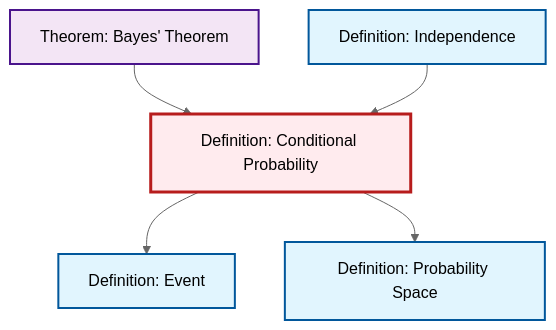
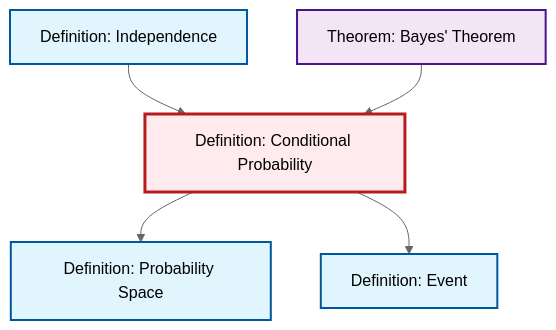
Before and after one commit to RK0429/ModernMath: the diagram in content/ja/probability-statistics/def-conditional-probability.qmd, drawn with Mermaid (neutral theme). The commit also changed other lines of this file and 360 other files, not shown here.

````diff
--- a/content/ja/probability-statistics/def-conditional-probability.qmd
+++ b/content/ja/probability-statistics/def-conditional-probability.qmd
@@ -70,23 +70,23 @@
 ```{mermaid}
 %%| fig-cap: "Local dependency graph"
 graph TD
     classDef definition fill:#e1f5fe,stroke:#01579b,stroke-width:2px
     classDef theorem fill:#f3e5f5,stroke:#4a148c,stroke-width:2px
     classDef axiom fill:#fff3e0,stroke:#e65100,stroke-width:2px
     classDef example fill:#e8f5e9,stroke:#1b5e20,stroke-width:2px
     classDef current fill:#ffebee,stroke:#b71c1c,stroke-width:3px
+    thm-bayes["Theorem: Bayes' Theorem"]:::theorem
     def-conditional-probability["Definition: Conditional Probability"]:::definition
-    thm-bayes["Theorem: Bayes' Theorem"]:::theorem
+    def-event["Definition: Event"]:::definition
+    def-probability-space["Definition: Probability Space"]:::definition
     def-independence["Definition: Independence"]:::definition
-    def-probability-space["Definition: Probability Space"]:::definition
-    def-event["Definition: Event"]:::definition
+    def-conditional-probability --> def-probability-space
+    def-independence --> def-conditional-probability
     def-conditional-probability --> def-event
     thm-bayes --> def-conditional-probability
-    def-conditional-probability --> def-probability-space
-    def-independence --> def-conditional-probability
     class def-conditional-probability current
     click thm-bayes "thm-bayes.html" "Theorem: Bayes' Theoremへ"
+    click def-event "def-event.html" "Definition: Eventへ"
+    click def-probability-space "def-probability-space.html" "Definition: Probability Spaceへ"
     click def-independence "def-independence.html" "Definition: Independenceへ"
-    click def-probability-space "def-probability-space.html" "Definition: Probability Spaceへ"
-    click def-event "def-event.html" "Definition: Eventへ"
 ```
````
